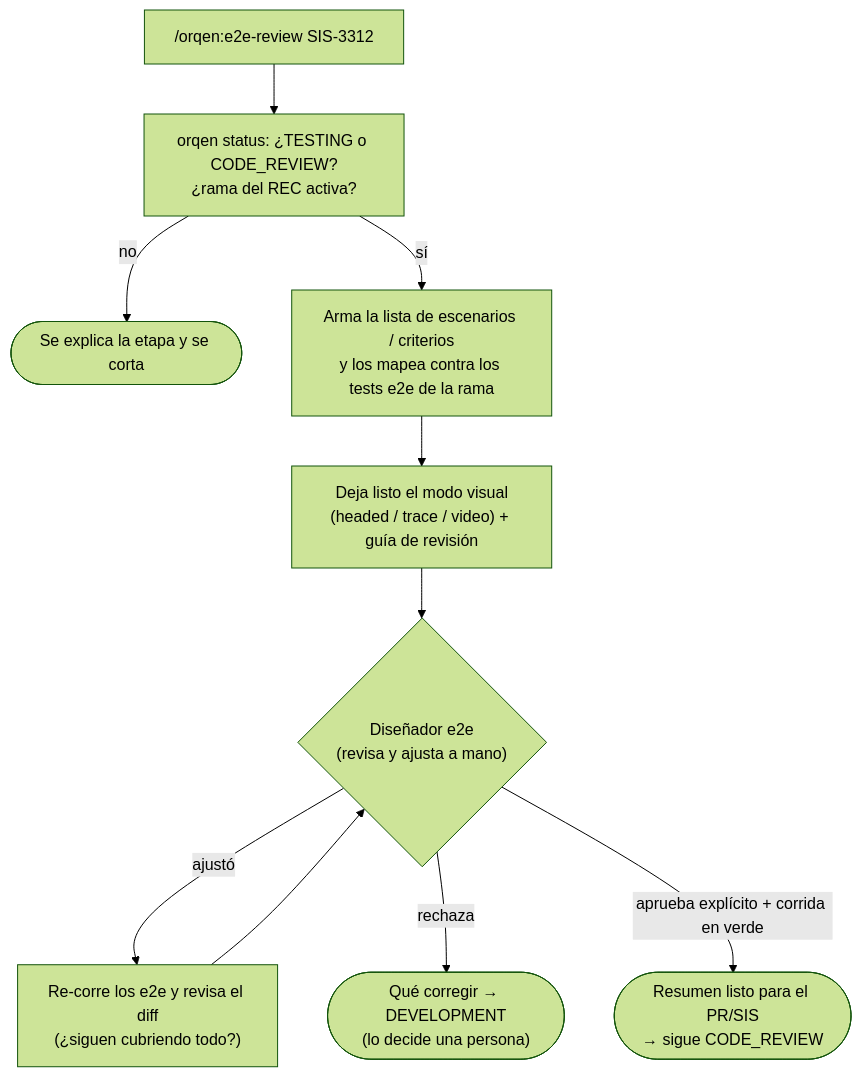
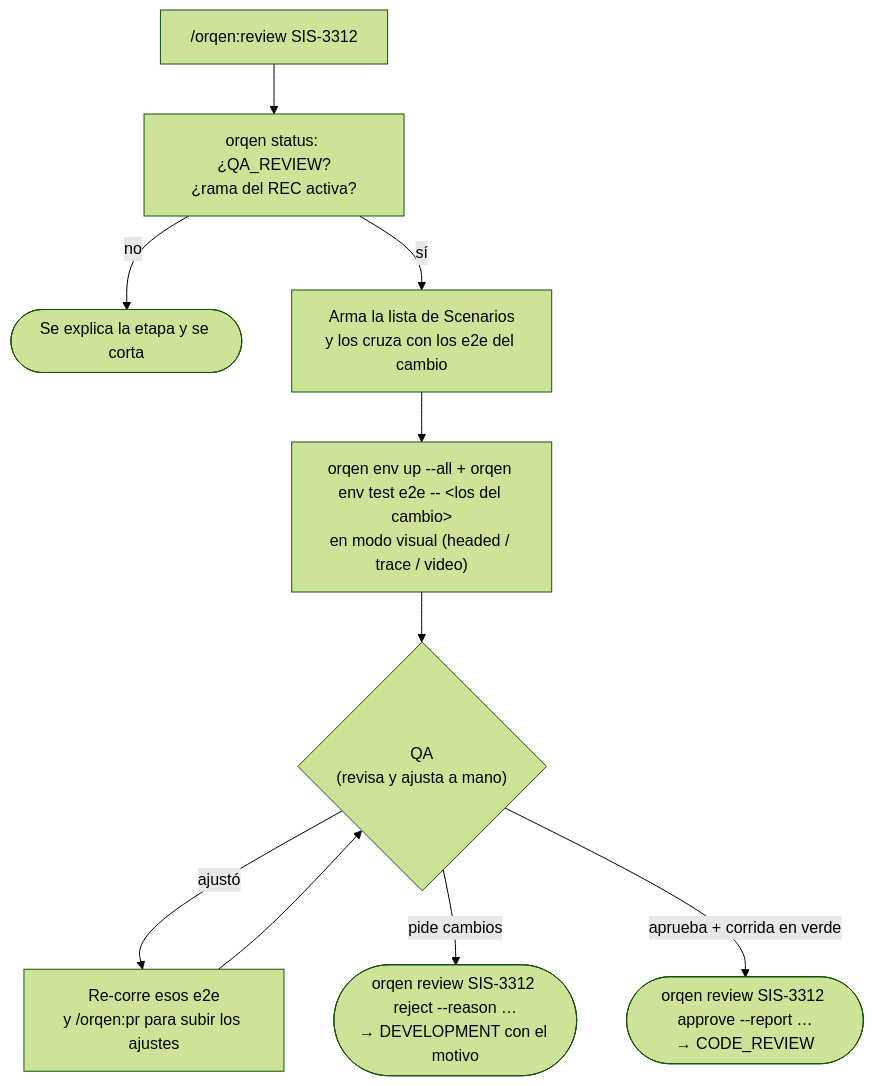
Before and after one commit to sistemas-telpin/orqen: the fourth of 7 diagrams in README.md, drawn with Mermaid (forest theme). The commit also changed other lines of this file and 16 other files, not shown here.

First line of the commit message:
QA_REVIEW: gate de QA solo para el carril completo

````diff
--- a/README.md
+++ b/README.md
@@ -200,11 +200,11 @@
 ```mermaid
 flowchart TD
-    A["/orqen:e2e-review SIS-3312"] --> B["orqen status: ¿TESTING o CODE_REVIEW?<br/>¿rama del REC activa?"]
+    A["/orqen:review SIS-3312"] --> B["orqen status: ¿QA_REVIEW?<br/>¿rama del REC activa?"]
     B -->|"no"| X(["Se explica la etapa y se corta"])
-    B -->|"sí"| C["Arma la lista de escenarios / criterios<br/>y los mapea contra los tests e2e de la rama"]
-    C --> D["Deja listo el modo visual<br/>(headed / trace / video) + guía de revisión"]
-    D --> E{"Diseñador e2e<br/>(revisa y ajusta a mano)"}
-    E -->|"ajustó"| F["Re-corre los e2e y revisa el diff<br/>(¿siguen cubriendo todo?)"] --> E
-    E -->|"rechaza"| R(["Qué corregir → DEVELOPMENT<br/>(lo decide una persona)"])
-    E -->|"aprueba explícito + corrida en verde"| G(["Resumen listo para el PR/SIS<br/>→ sigue CODE_REVIEW"])
+    B -->|"sí"| C["Arma la lista de Scenarios<br/>y los cruza con los e2e del cambio"]
+    C --> D["orqen env up --all + orqen env test e2e -- &lt;los del cambio&gt;<br/>en modo visual (headed / trace / video)"]
+    D --> E{"QA<br/>(revisa y ajusta a mano)"}
+    E -->|"ajustó"| F["Re-corre esos e2e<br/>y /orqen:pr para subir los ajustes"] --> E
+    E -->|"pide cambios"| R(["orqen review SIS-3312 reject --reason …<br/>→ DEVELOPMENT con el motivo"])
+    E -->|"aprueba + corrida en verde"| G(["orqen review SIS-3312 approve --report …<br/>→ CODE_REVIEW"])
 ```
````
